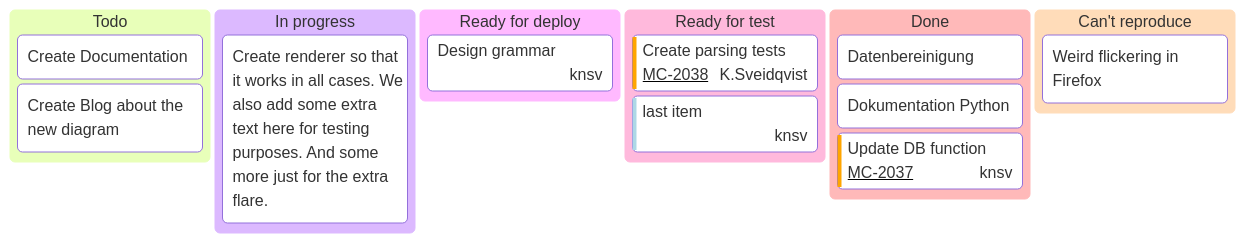
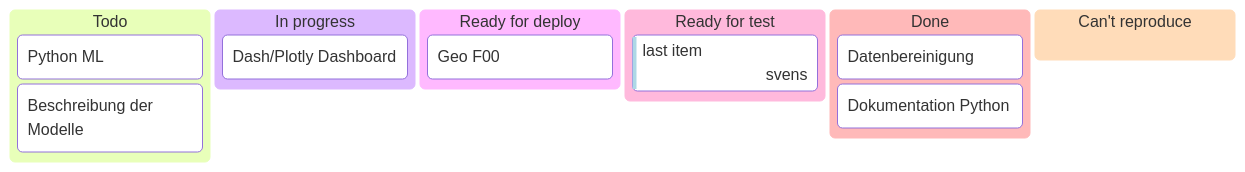
Before and after one commit to nevsglueckauf/wq: the diagram in Documentation/Burndown-Chart.md, drawn with Mermaid. The commit also changed other lines of this file, not shown here.

Commit message:
Weitere Doq

````diff
--- a/Documentation/Burndown-Chart.md
+++ b/Documentation/Burndown-Chart.md
@@ -1,25 +2,22 @@
 ```mermaid
 ---
 config:
   kanban:
     ticketBaseUrl: 'https://mermaidchart.atlassian.net/browse/#TICKET#'
 ---
 kanban
   Todo
-    [Create Documentation]
-    docs[Create Blog about the new diagram]
+    [Python ML]
+    docs[Beschreibung der Modelle]
   [In progress]
-    id6[Create renderer so that it works in all cases. We also add some extra text here for testing purposes. And some more just for the extra flare.]
+    id6[Dash/Plotly Dashboard]
   id9[Ready for deploy]
-    id8[Design grammar]@{ assigned: 'knsv' }
+    id8[Geo F00]
   id10[Ready for test]
-    id4[Create parsing tests]@{ ticket: MC-2038, assigned: 'K.Sveidqvist', priority: 'High' }
-    id66[last item]@{ priority: 'Very Low', assigned: 'knsv' }
+    id66[last item]@{ priority: 'Very Low', assigned: 'svens' }
   id11[Done]
     id5[Datenbereinigung]
     id2[Dokumentation Python]
-    id3[Update DB function]@{ ticket: MC-2037, assigned: knsv, priority: 'High' }
 
   id12[Can't reproduce]
-    id3[Weird flickering in Firefox]
 ```
````
